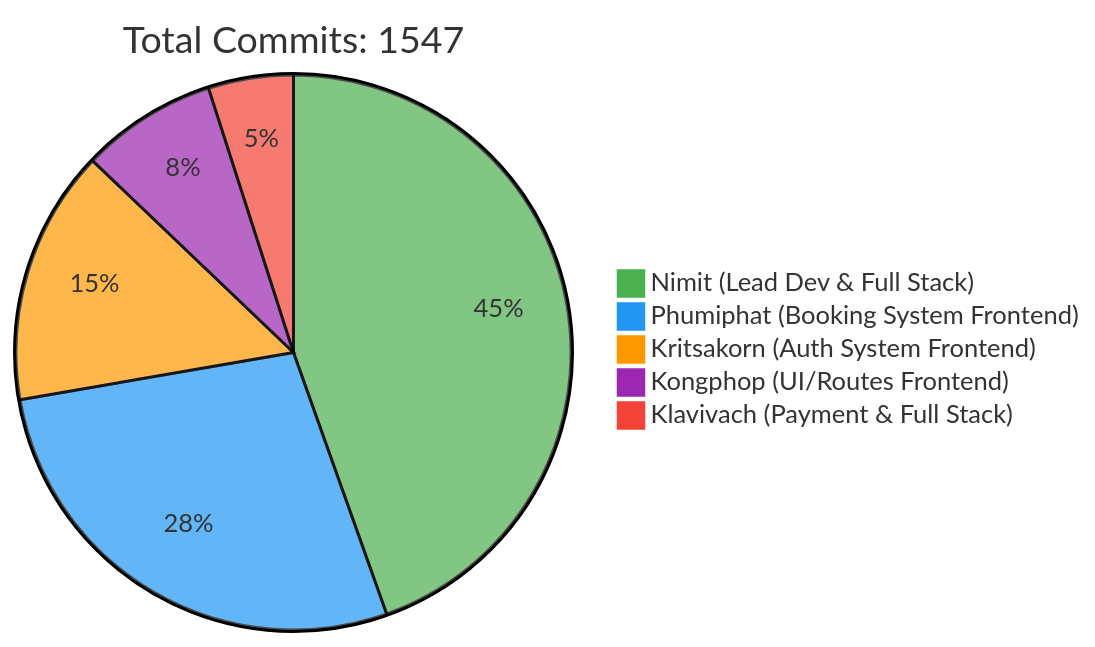
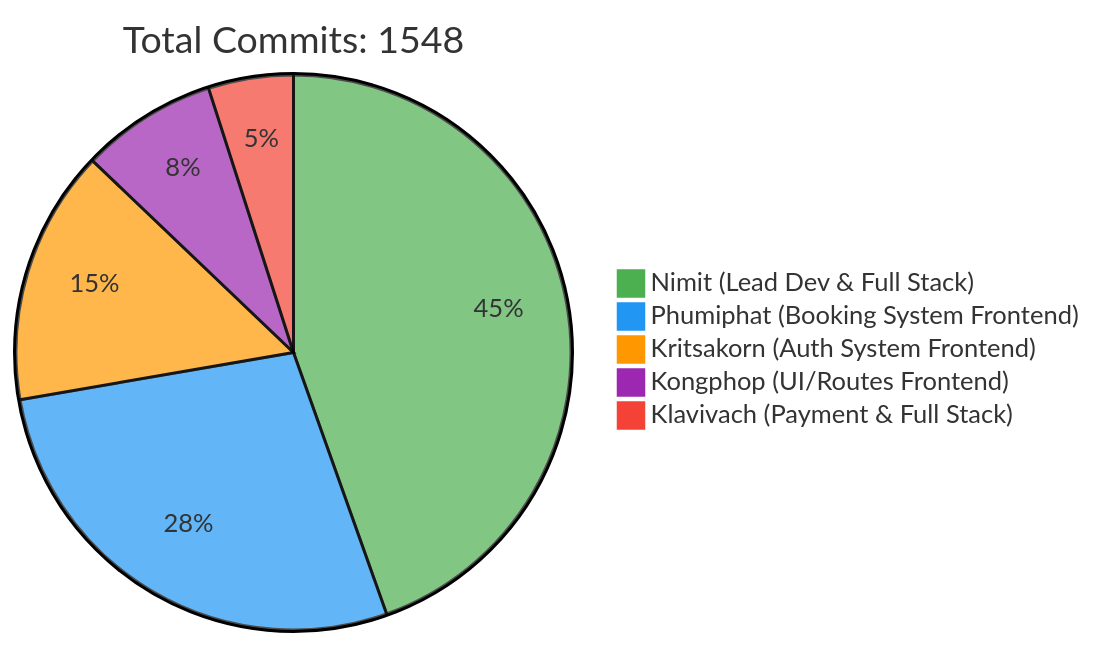
One commit to 6531503042/Sport-Complex changed the first of 2 diagrams in README.md. Above: the diagram before and after it, drawn with Mermaid. The commit also changed other lines of this file, not shown here.

Commit message:
docs: Update contributor statistics [skip ci]

````diff
--- a/README.md
+++ b/README.md
@@ -257,10 +257,10 @@
 ```mermaid
 %%{init: {'theme': 'base', 'themeVariables': { 'pie1': '#4CAF50', 'pie2': '#2196F3', 'pie3': '#FF9800', 'pie4': '#9C27B0', 'pie5': '#F44336'}}}%%
 pie
-    title Total Commits: 1547
+    title Total Commits: 1548
     "Nimit (Lead Dev & Full Stack)" : 450
     "Phumiphat (Booking System Frontend)" : 280
     "Kritsakorn (Auth System Frontend)" : 150
     "Kongphop (UI/Routes Frontend)" : 80
     "Klavivach (Payment & Full Stack)" : 50
 ```
````
